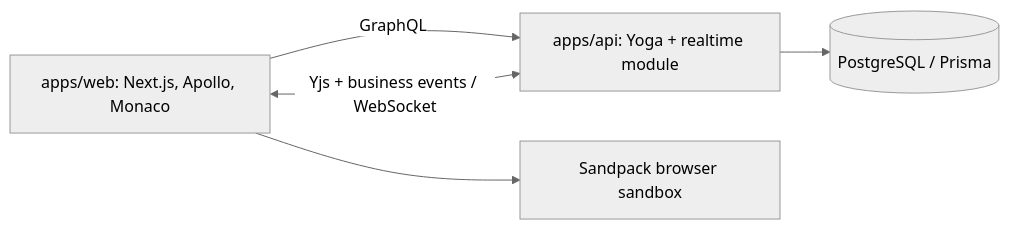
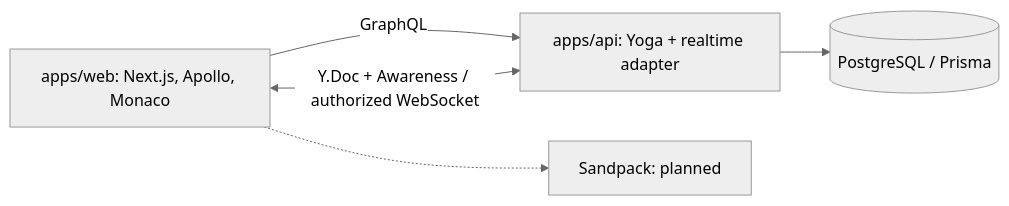
The diagram in README.md (Milo78k/codemeet), drawn with Mermaid (neutral theme) before and after one commit. The commit also changed other lines of this file and 17 other files, not shown here.

````diff
--- a/README.md
+++ b/README.md
@@ -30,7 +30,7 @@
 ```mermaid
 flowchart LR
   Web["apps/web: Next.js, Apollo, Monaco"] -->|GraphQL| API
-  Web <-->|"Yjs + business events / WebSocket"| API
-  API["apps/api: Yoga + realtime module"] --> DB[("PostgreSQL / Prisma")]
-  Web --> Runner["Sandpack browser sandbox"]
+  Web <-->|"Y.Doc + Awareness / authorized WebSocket"| API
+  API["apps/api: Yoga + realtime adapter"] --> DB[("PostgreSQL / Prisma")]
+  Web -.-> Runner["Sandpack: planned"]
 ```
````
